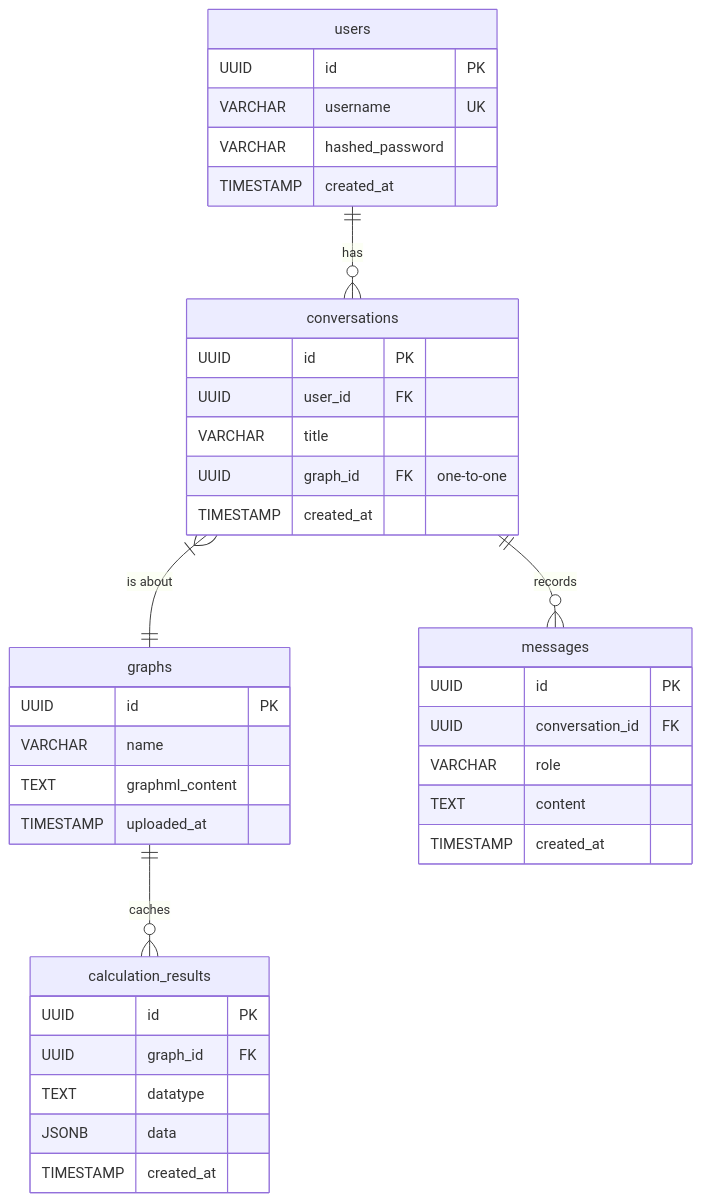
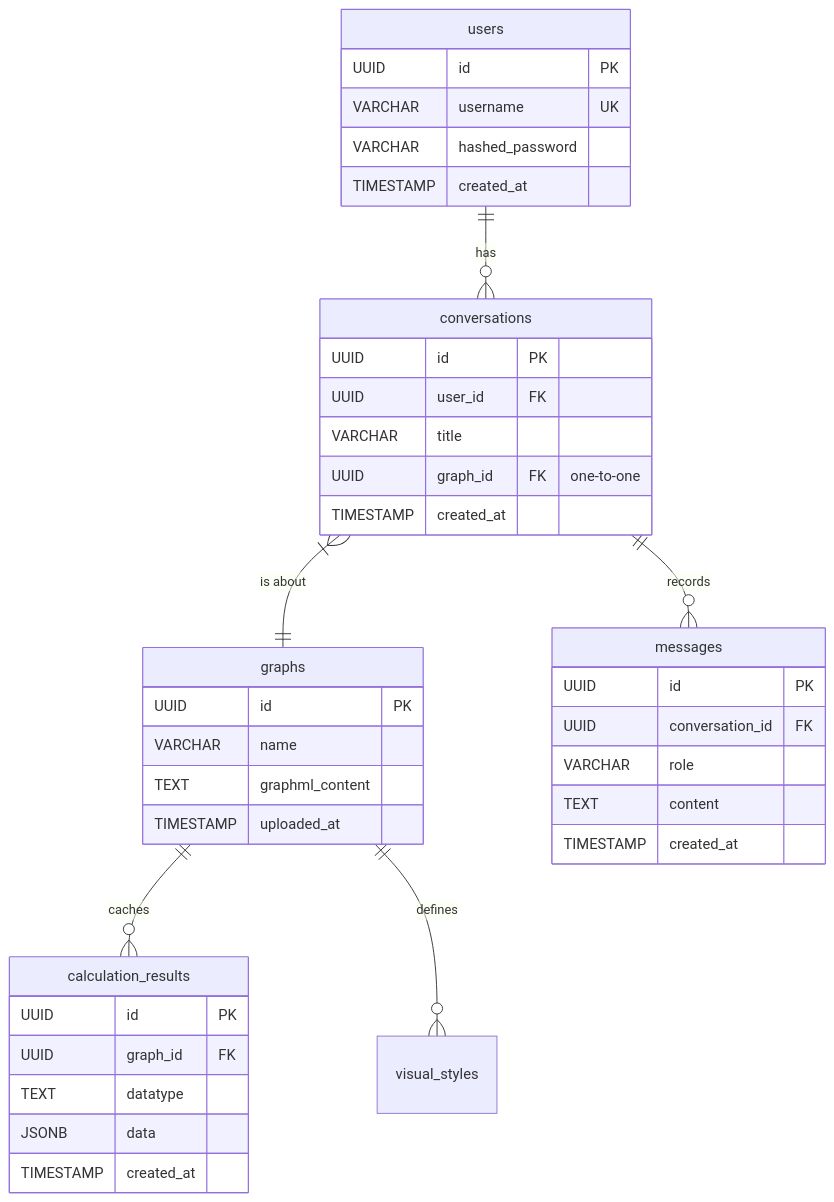
The diagram in specification/database-schema.md (vdslab/LLMGraphvis), drawn with Mermaid before and after one commit. The commit also changed other lines of this file and 1 other file, not shown here.

Commit message:
Docs: Add visual_styles table and update sequence diagram for visual mapping persistence

````diff
--- a/specification/database-schema.md
+++ b/specification/database-schema.md
@@ -11,45 +11,46 @@
 ```mermaid
 erDiagram
     users ||--o{ conversations : "has"
     conversations }|--|| graphs : "is about"
     conversations ||--o{ messages : "records"
     graphs ||--o{ calculation_results : "caches"
+    graphs ||--o{ visual_styles : "defines"
 
     users {
         UUID id PK
         VARCHAR username UK
         VARCHAR hashed_password
         TIMESTAMP created_at
     }
 
     conversations {
         UUID id PK
         UUID user_id FK
         VARCHAR title
         UUID graph_id FK "one-to-one"
         TIMESTAMP created_at
     }
 
     graphs {
         UUID id PK
         VARCHAR name
         TEXT graphml_content
         TIMESTAMP uploaded_at
     }
 
     messages {
         UUID id PK
         UUID conversation_id FK
         VARCHAR role
         TEXT content
         TIMESTAMP created_at
     }
 
     calculation_results {
         UUID id PK
         UUID graph_id FK
         TEXT datatype
         JSONB data
         TIMESTAMP created_at
     }
 ```
````
